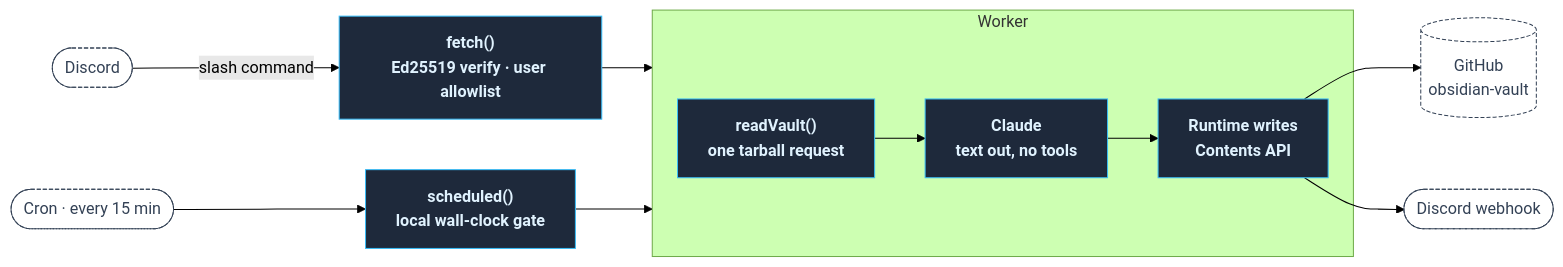
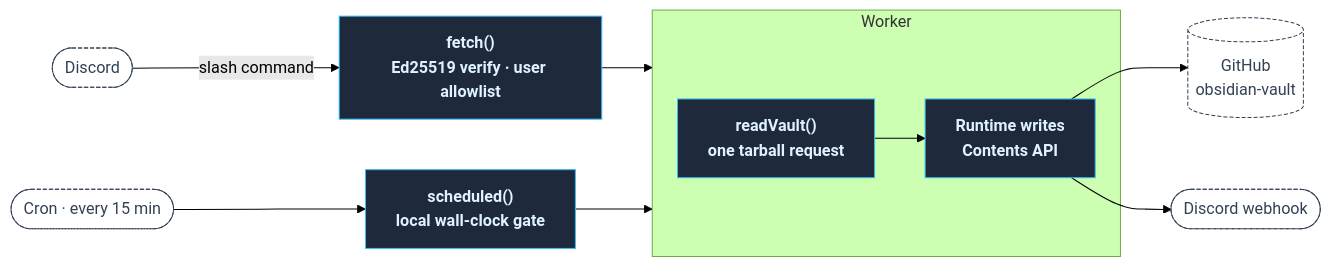
One commit to skazler/slipbox-agent changed the diagram in README.md. Above: the diagram before and after it, drawn with Mermaid (forest theme). The commit also changed other lines of this file and 8 other files, not shown here.

````diff
--- a/README.md
+++ b/README.md
@@ -13,21 +13,20 @@
 ```mermaid
 flowchart LR
     Discord([Discord]) -->|"slash command"| Fetch["fetch()<br/>Ed25519 verify · user allowlist"]
     Cron([Cron · every 15 min]) --> Sched["scheduled()<br/>local wall-clock gate"]
 
     Fetch --> Work
     Sched --> Work
 
     subgraph Work ["Worker"]
-        Vault["readVault()<br/>one tarball request"] --> Claude["Claude<br/>text out, no tools"]
-        Claude --> Runtime["Runtime writes<br/>Contents API"]
+        Vault["readVault()<br/>one tarball request"] --> Runtime["Runtime writes<br/>Contents API"]
     end
 
     Runtime --> GH[("GitHub<br/>obsidian-vault")]
     Runtime --> Out([Discord webhook])
 
     classDef io fill:#ffffff,stroke:#334155,color:#334155,stroke-dasharray: 4 2;
     classDef core fill:#1e293b,stroke:#38bdf8,color:#e0f2fe,font-weight:bold;
     class Discord,Cron,GH,Out io;
-    class Fetch,Sched,Vault,Claude,Runtime core;
+    class Fetch,Sched,Vault,Runtime core;
 ```
````
